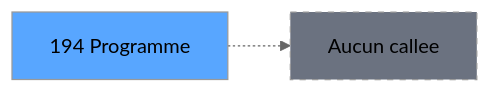
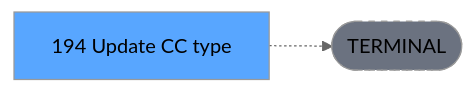
The third of 3 diagrams in .openspec/specs/ADH-IDE-194.md (thonyAGP/lecteur-magic), drawn with Mermaid (neutral theme) before and after one commit. The commit also changed other lines of this file and 701 other files, not shown here.

````diff
--- a/.openspec/specs/ADH-IDE-194.md
+++ b/.openspec/specs/ADH-IDE-194.md
@@ -145,8 +136,8 @@
 ```mermaid
 graph LR
-    T[194 Programme]
-    NONE[Aucun callee]
-    T -.-> NONE
+    T[194 Update CC type]
+    TERM([TERMINAL])
+    T -.-> TERM
+    style TERM fill:#6b7280,stroke-dasharray: 5 5
     style T fill:#58a6ff,color:#000
-    style NONE fill:#6b7280,stroke-dasharray: 5 5
 ```
````
